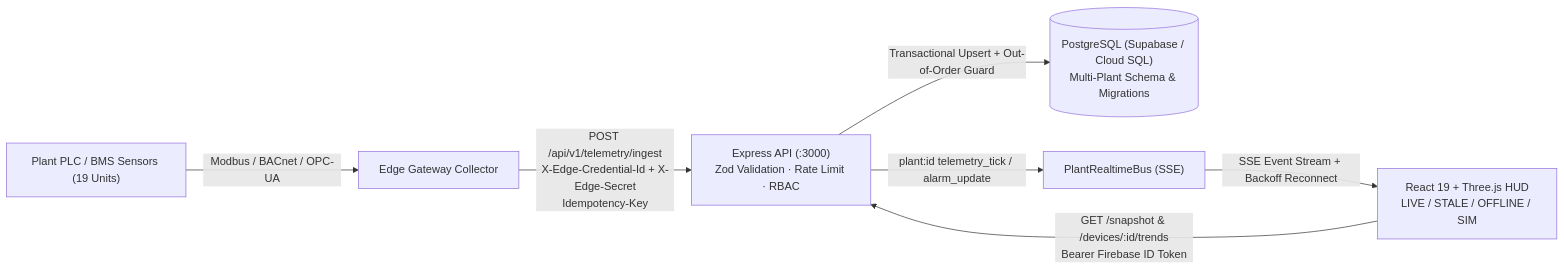
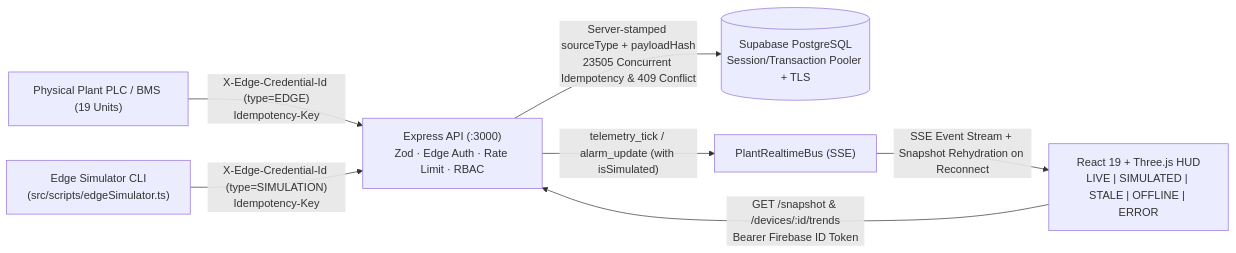
One commit to Muhammad-Yunus/Chiller-Plant-Digital-Twin-Apps changed the diagram in README.md. Above: the diagram before and after it, drawn with Mermaid. The commit also changed other lines of this file and 27 other files, not shown here.

First line of the commit message:
feat: add edge simulator support and telemetry source tracking

````diff
--- a/README.md
+++ b/README.md
@@ -42,16 +44,16 @@
 ```mermaid
 flowchart LR
-    Sensors["Plant PLC / BMS Sensors (19 Units)"]
-    Edge["Edge Gateway Collector"]
-    API["Express API (:3000)\nZod Validation · Rate Limit · RBAC"]
-    DB[("PostgreSQL (Supabase / Cloud SQL)\nMulti-Plant Schema & Migrations")]
+    PLC["Physical Plant PLC / BMS (19 Units)"]
+    SimCLI["Edge Simulator CLI\n(src/scripts/edgeSimulator.ts)"]
+    API["Express API (:3000)\nZod · Edge Auth · Rate Limit · RBAC"]
+    DB[("Supabase PostgreSQL\nSession/Transaction Pooler + TLS")]
     Bus["PlantRealtimeBus (SSE)"]
-    HUD["React 19 + Three.js HUD\nLIVE / STALE / OFFLINE / SIM"]
+    HUD["React 19 + Three.js HUD\nLIVE | SIMULATED | STALE | OFFLINE | ERROR"]
 
-    Sensors -->|"Modbus / BACnet / OPC-UA"| Edge
-    Edge -->|"POST /api/v1/telemetry/ingest\nX-Edge-Credential-Id + X-Edge-Secret\nIdempotency-Key"| API
-    API -->|"Transactional Upsert + Out-of-Order Guard"| DB
-    API -->|"plant:id telemetry_tick / alarm_update"| Bus
+    PLC -->|"X-Edge-Credential-Id (type=EDGE)\nIdempotency-Key"| API
+    SimCLI -->|"X-Edge-Credential-Id (type=SIMULATION)\nIdempotency-Key"| API
+    API -->|"Server-stamped sourceType + payloadHash\n23505 Concurrent Idempotency & 409 Conflict"| DB
+    API -->|"telemetry_tick / alarm_update (with isSimulated)"| Bus
     HUD -->|"GET /snapshot & /devices/:id/trends\nBearer Firebase ID Token"| API
-    Bus -->|"SSE Event Stream + Backoff Reconnect"| HUD
+    Bus -->|"SSE Event Stream + Snapshot Rehydration on Reconnect"| HUD
 ```
````
